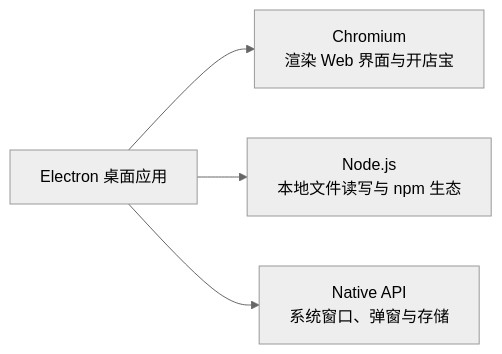
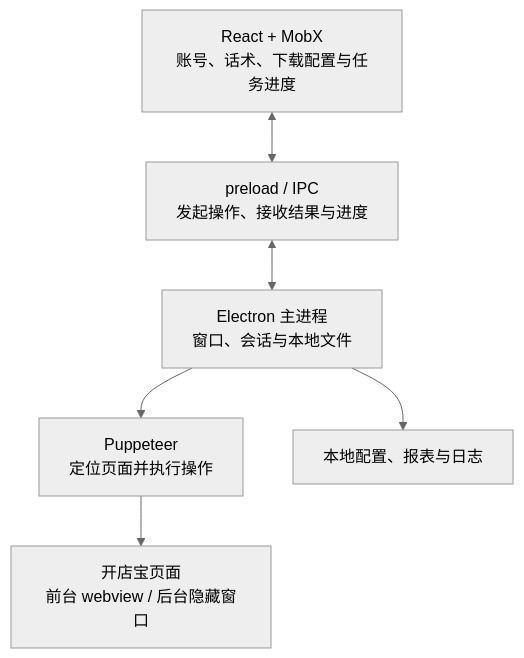
One commit to yyxTheOracle/MyBlog changed the first of 14 diagrams in source/_posts/2025-09-14-electron-tiangong.md. Above: the diagram before and after it, drawn with Mermaid (neutral theme). The commit also changed other lines of this file and 6 other files, not shown here.

Commit message:
docs(blog): 更新天工文章图表、关于页排版与搜索记录

````diff
--- a/source/_posts/2025-09-14-electron-tiangong.md
+++ b/source/_posts/2025-09-14-electron-tiangong.md
@@ -52,6 +64,14 @@
 ```mermaid
-flowchart LR
-    E["Electron 桌面应用"] --> C["Chromium<br/>渲染 Web 界面与开店宝"]
-    E --> N["Node.js<br/>本地文件读写与 npm 生态"]
-    E --> A["Native API<br/>系统窗口、弹窗与存储"]
+flowchart TB
+    UI["React + MobX<br/>账号、话术、下载配置与任务进度"]
+    IPC["preload / IPC<br/>发起操作、接收结果与进度"]
+    MAIN["Electron 主进程<br/>窗口、会话与本地文件"]
+    P["Puppeteer<br/>定位页面并执行操作"]
+    WEB["开店宝页面<br/>前台 webview / 后台隐藏窗口"]
+    FILE["本地配置、报表与日志"]
+    UI <--> IPC
+    IPC <--> MAIN
+    MAIN --> P
+    P --> WEB
+    MAIN --> FILE
 ```
````
